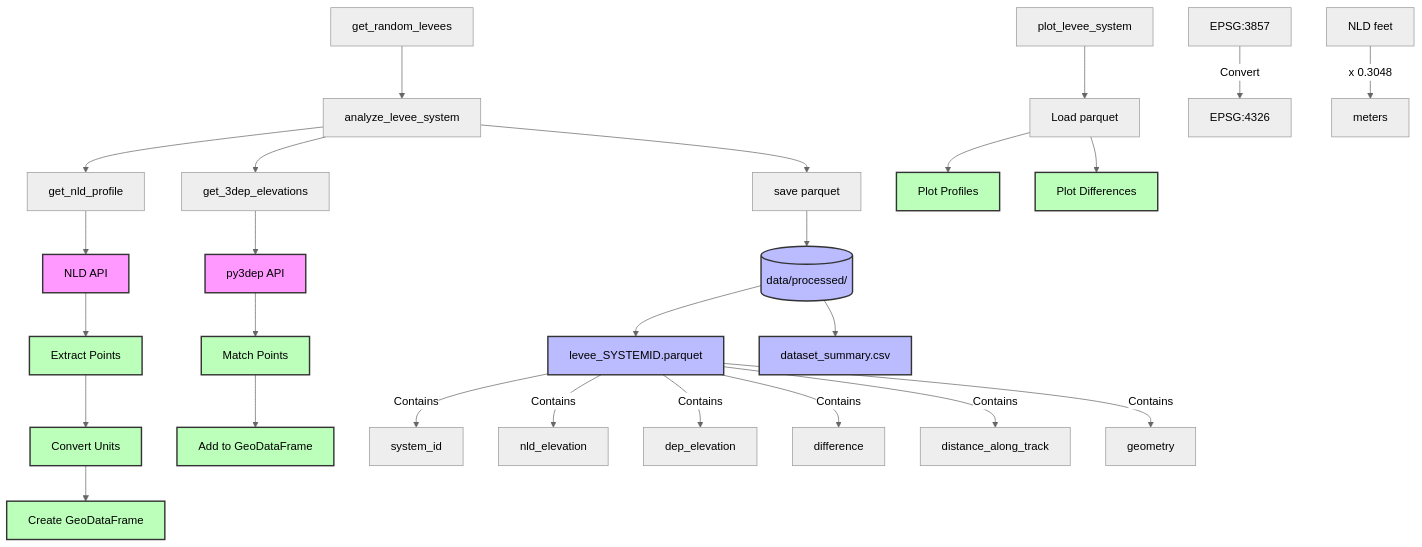
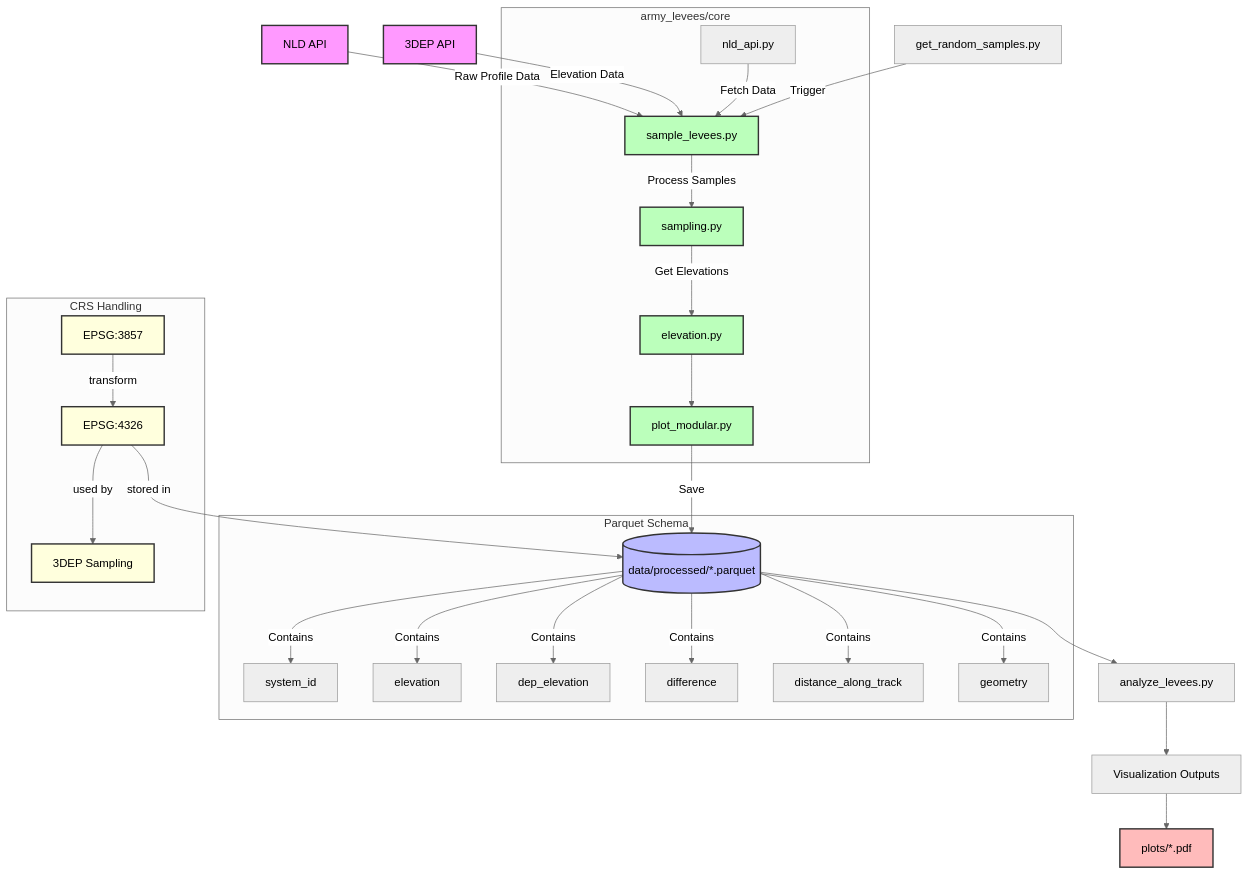
Before and after one commit to jameshgrn/army_levees: the diagram in README.md, drawn with Mermaid (neutral theme). The commit also changed other lines of this file and 5 other files, not shown here.

First line of the commit message:
docs: update system architecture diagram

````diff
--- a/README.md
+++ b/README.md
@@ -14,52 +14,55 @@
 ```mermaid
 graph TD
-    %% Main Functions
-    A[get_random_levees] --> B[analyze_levee_system]
-    B --> C[get_nld_profile]
-    B --> D[get_3dep_elevations]
-    B --> E[save parquet]
+    %% Data Sources
+    A[NLD API] -->|Raw Profile Data| B[sample_levees.py]
+    D[3DEP API] -->|Elevation Data| B
     
-    %% NLD Data Flow
-    C --> F[NLD API]
-    F --> G[Extract Points]
-    G --> H[Convert Units]
-    H --> I[Create GeoDataFrame]
-    
-    %% 3DEP Data Flow
-    D --> J[py3dep API]
-    J --> K[Match Points]
-    K --> L[Add to GeoDataFrame]
+    %% Core Processing
+    subgraph Core Processing [army_levees/core]
+        B -->|Process Samples| E[sampling.py]
+        E -->|Get Elevations| F[elevation.py]
+        F --> G[plot_modular.py]
+        H[nld_api.py] -->|Fetch Data| B
+    end
     
     %% Data Storage
-    E --> M[(data/processed/)]
-    M --> N[levee_SYSTEMID.parquet]
-    M --> O[dataset_summary.csv]
-    
-    %% Visualization
-    P[plot_levee_system] --> Q[Load parquet]
-    Q --> R[Plot Profiles]
-    Q --> S[Plot Differences]
+    G -->|Save| I[(data/processed/*.parquet)]
     
     %% Data Structure
-    N --> |Contains|T[system_id]
-    N --> |Contains|U[nld_elevation]
-    N --> |Contains|V[dep_elevation]
-    N --> |Contains|W[difference]
-    N --> |Contains|X[distance_along_track]
-    N --> |Contains|Y[geometry]
+    subgraph Parquet Schema
+        I --> |Contains| J[system_id]
+        I --> |Contains| K[elevation]
+        I --> |Contains| L[dep_elevation]
+        I --> |Contains| M[difference]
+        I --> |Contains| N[distance_along_track]
+        I --> |Contains| O[geometry]
+    end
+    
+    %% Analysis & Visualization
+    I --> P[analyze_levees.py]
+    P --> Q[Visualization Outputs]
+    Q --> R[plots/*.pdf]
+    
+    %% Entry Points
+    S[get_random_samples.py] -->|Trigger| B
     
     %% Coordinate Systems
-    Z1[EPSG:3857] --> |Convert|Z2[EPSG:4326]
-    
-    %% Unit Conversions
-    U1[NLD feet] --> |x 0.3048|U2[meters]
+    subgraph CRS Handling
+        T[EPSG:3857] -->|transform| U[EPSG:4326]
+        U -->|used by| V[3DEP Sampling]
+        U -->|stored in| I
+    end
     
     %% Style
     classDef api fill:#f9f,stroke:#333,stroke-width:2px
     classDef data fill:#bbf,stroke:#333,stroke-width:2px
     classDef process fill:#bfb,stroke:#333,stroke-width:2px
+    classDef crs fill:#ffd,stroke:#333,stroke-width:2px
+    classDef output fill:#fbb,stroke:#333,stroke-width:2px
     
-    class F,J api
-    class M,N,O data
-    class G,H,I,K,L,R,S process
+    class A,D api
+    class I data
+    class B,E,F,G process
+    class T,U,V crs
+    class R output
 ```
````
